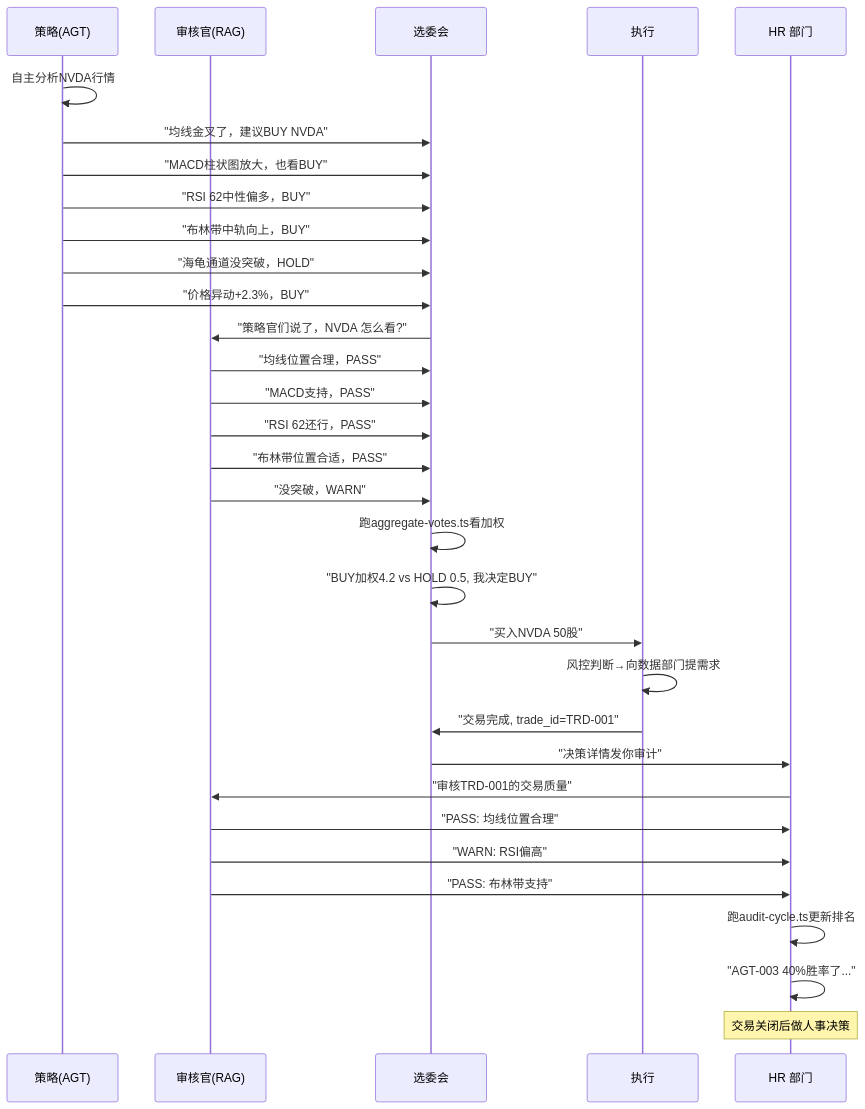
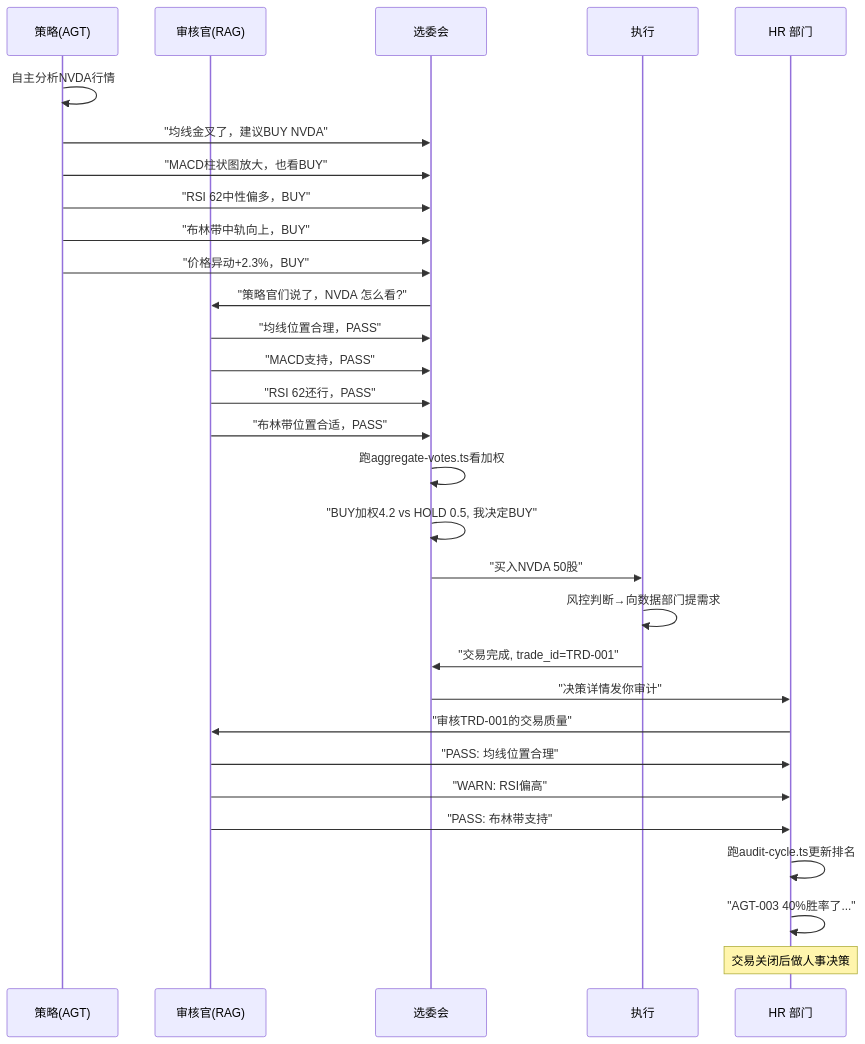
The fifth of 5 diagrams in docs/architecture.md (fantian007/hermes-trading-system), drawn with Mermaid before and after one commit. The commit also changed other lines of this file and 4 other files, not shown here.

````diff
--- a/docs/architecture.md
+++ b/docs/architecture.md
@@ -597,35 +597,33 @@
 ```mermaid
 sequenceDiagram
     participant S as 策略(AGT)
     participant R as 审核官(RAG)
     participant EC as 选委会
     participant EX as 执行
     participant A as HR 部门
 
     S->>S: 自主分析NVDA行情
     S->>EC: "均线金叉了，建议BUY NVDA"
     S->>EC: "MACD柱状图放大，也看BUY"
     S->>EC: "RSI 62中性偏多，BUY"
     S->>EC: "布林带中轨向上，BUY"
-    S->>EC: "海龟通道没突破，HOLD"
     S->>EC: "价格异动+2.3%，BUY"
     EC->>R: "策略官们说了，NVDA 怎么看?"
     R->>EC: "均线位置合理，PASS"
     R->>EC: "MACD支持，PASS"
     R->>EC: "RSI 62还行，PASS"
     R->>EC: "布林带位置合适，PASS"
-    R->>EC: "没突破，WARN"
     EC->>EC: 跑aggregate-votes.ts看加权
     EC->>EC: "BUY加权4.2 vs HOLD 0.5, 我决定BUY"
     EC->>EX: "买入NVDA 50股"
     EX->>EX: 风控判断→向数据部门提需求
     EX->>EC: "交易完成, trade_id=TRD-001"
     EC->>A: "决策详情发你审计"
     A->>R: "审核TRD-001的交易质量"
     R->>A: "PASS: 均线位置合理"
     R->>A: "WARN: RSI偏高"
     R->>A: "PASS: 布林带支持"
     A->>A: 跑audit-cycle.ts更新排名
     A->>A: "AGT-003 40%胜率了..."
     Note over A: 交易关闭后做人事决策
 ```
````
